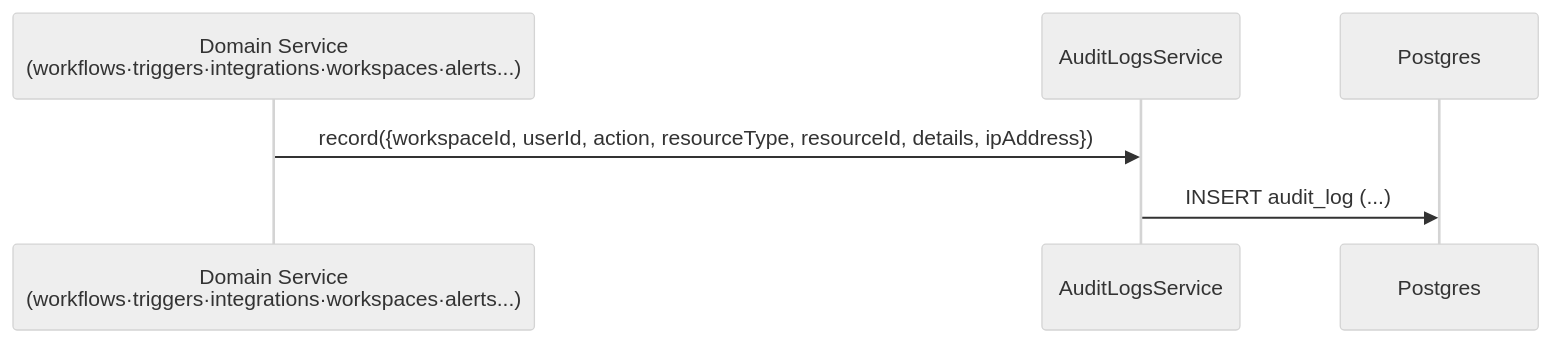
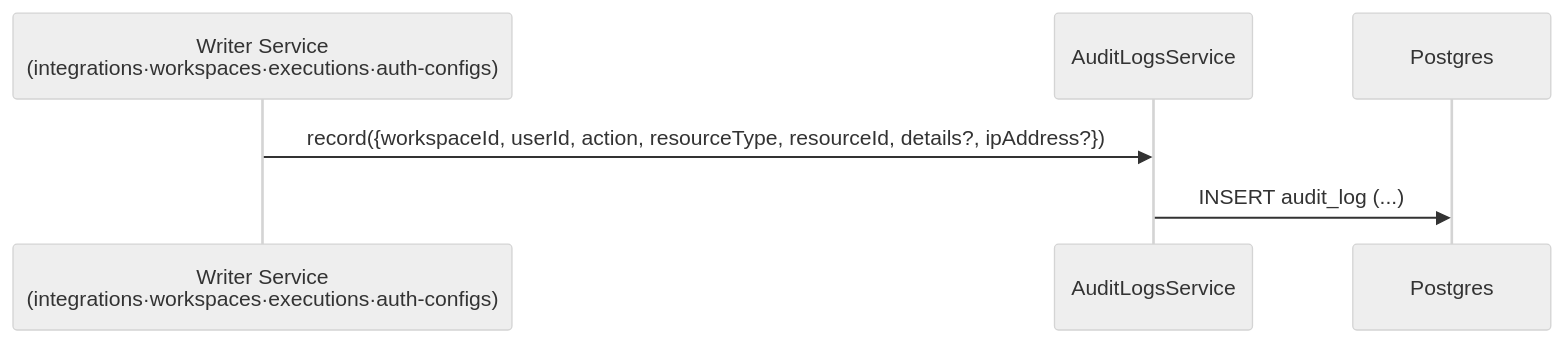
The first of 2 diagrams in spec/data-flow/1-audit.md (worker-ants/clemvion), drawn with Mermaid (neutral theme) before and after one commit. The commit also changed other lines of this file and 89 other files, not shown here.

First line of the commit message:
docs(spec): spec↔code 전수 상호 감사 — 역방향 커버리지 + drift 동기화 + data-flow 재구성 (위반 19건 보고) (#516)

````diff
--- a/spec/data-flow/1-audit.md
+++ b/spec/data-flow/1-audit.md
@@ -27,8 +31,8 @@
 ```mermaid
 sequenceDiagram
-  participant Caller as Domain Service<br/>(workflows·triggers·integrations·workspaces·alerts...)
+  participant Caller as Writer Service<br/>(integrations·workspaces·executions·auth-configs)
   participant ALS as AuditLogsService
   participant PG as Postgres
-  Caller->>ALS: record({workspaceId, userId, action, resourceType, resourceId, details, ipAddress})
+  Caller->>ALS: record({workspaceId, userId, action, resourceType, resourceId, details?, ipAddress?})
   ALS->>PG: INSERT audit_log (...)
 ```
````
